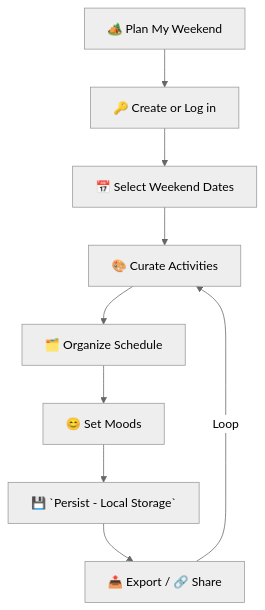
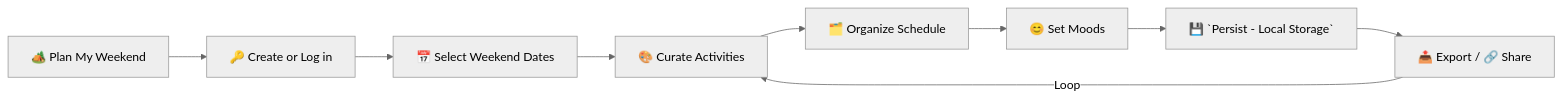
Before and after one commit to Harry9021/Active_planner_React: the diagram in README.md, drawn with Mermaid (neutral theme).

````diff
--- a/README.md
+++ b/README.md
@@ -97,11 +97,11 @@
 ```mermaid
-flowchart TD
+flowchart LR
     A[🏕️ Plan My Weekend] --> B[🔑 Create or Log in]
     B --> C[📅 Select Weekend Dates]
     C --> D[🎨 Curate Activities]
     D --> E[🗂️ Organize Schedule]
     E --> F[😊 Set Moods]
     F --> G[💾 `Persist - Local Storage`]
     G --> H[📤 Export / 🔗 Share]
     H -->|Loop| D
 ```
````
